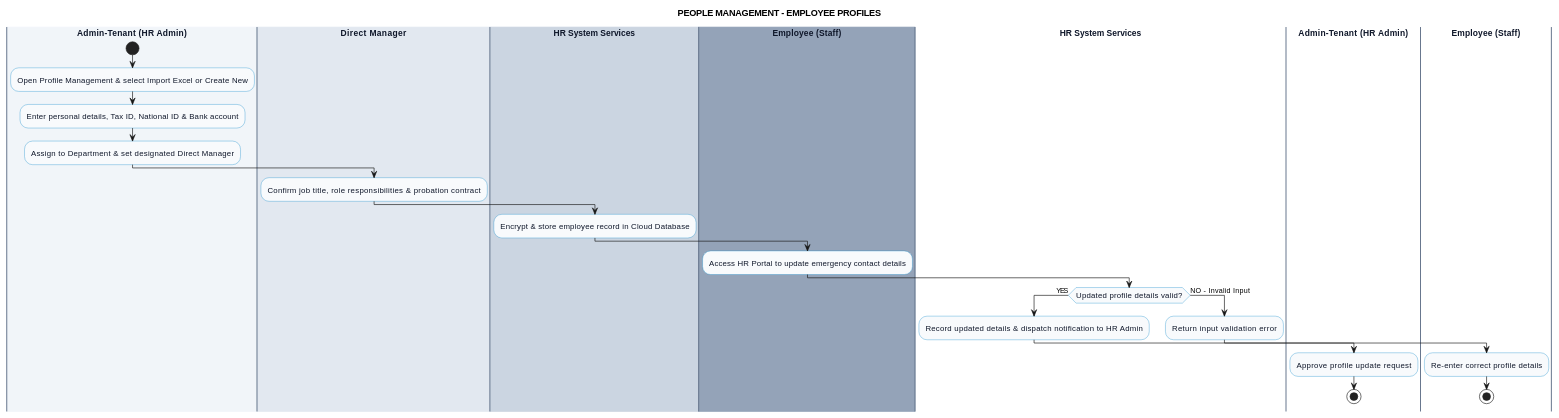
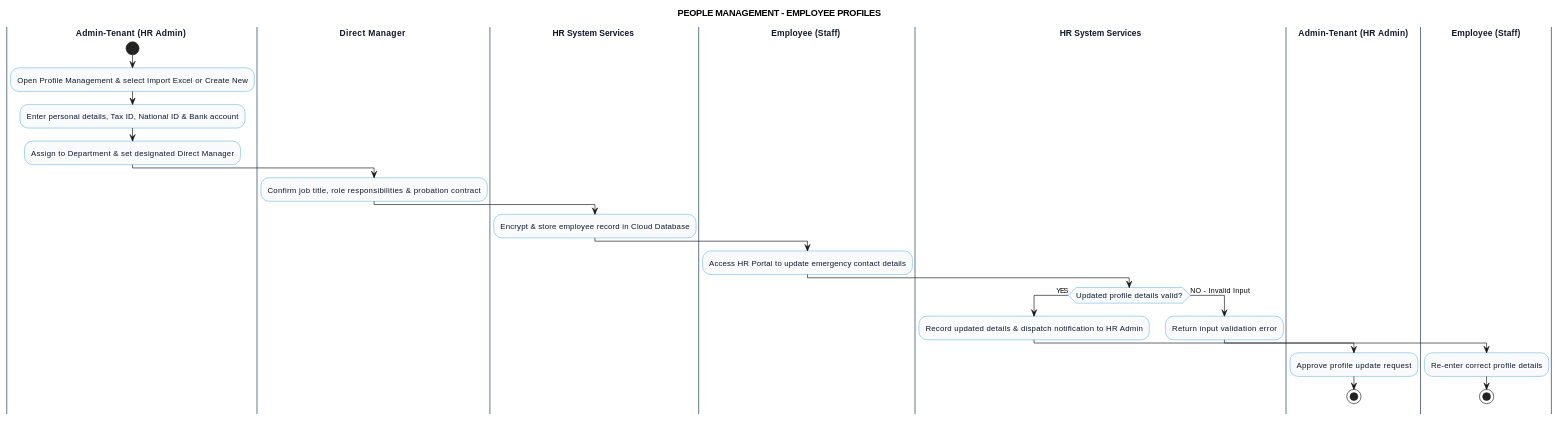
Before and after one commit to Dikhang1112/Monitoring_HR: the diagram in docs/swimlane/people_management/EmployeeProfilesDiagram.md, drawn with PlantUML. The commit also changed other lines of this file and 47 other files, not shown here.

Commit message:
Refactor usecase diagram and swimlane

````diff
--- a/docs/swimlane/people_management/EmployeeProfilesDiagram.md
+++ b/docs/swimlane/people_management/EmployeeProfilesDiagram.md
@@ -9,55 +9,55 @@
 ```plantuml
 @startuml
 title PEOPLE MANAGEMENT - EMPLOYEE PROFILES
 
 skinparam linetype ortho
 skinparam nodesep 60
 skinparam ranksep 80
 
 skinparam activity {
   BackgroundColor #f8fafc
   BorderColor #0284c7
   FontColor #0f172a
   FontSize 12
 }
 skinparam swimlane {
   BorderColor #64748b
   TitleFontColor #0f172a
   TitleFontSize 13
   TitleFontStyle bold
 }
 
 ' =====================================================
 ' 4 SWIMLANES DECLARATION
 ' =====================================================
-|#f1f5f9| Admin-Tenant (HR Admin) |
+|Admin-Tenant (HR Admin) |
 start
 :Open Profile Management & select Import Excel or Create New;
 :Enter personal details, Tax ID, National ID & Bank account;
 :Assign to Department & set designated Direct Manager;
 
-|#e2e8f0| Direct Manager |
+|Direct Manager |
 :Confirm job title, role responsibilities & probation contract;
 
-|#cbd5e1| HR System Services |
+|HR System Services |
 :Encrypt & store employee record in Cloud Database;
 
-|#94a3b8| Employee (Staff) |
+|Employee (Staff) |
 :Access HR Portal to update emergency contact details;
 
 |HR System Services|
 if (Updated profile details valid?) then (YES)
   :Record updated details & dispatch notification to HR Admin;
   |Admin-Tenant (HR Admin)|
   :Approve profile update request;
   stop
 else (NO - Invalid Input)
   |HR System Services|
   :Return input validation error;
   |Employee (Staff)|
   :Re-enter correct profile details;
   stop
 endif
 
 @enduml
 ```
````
